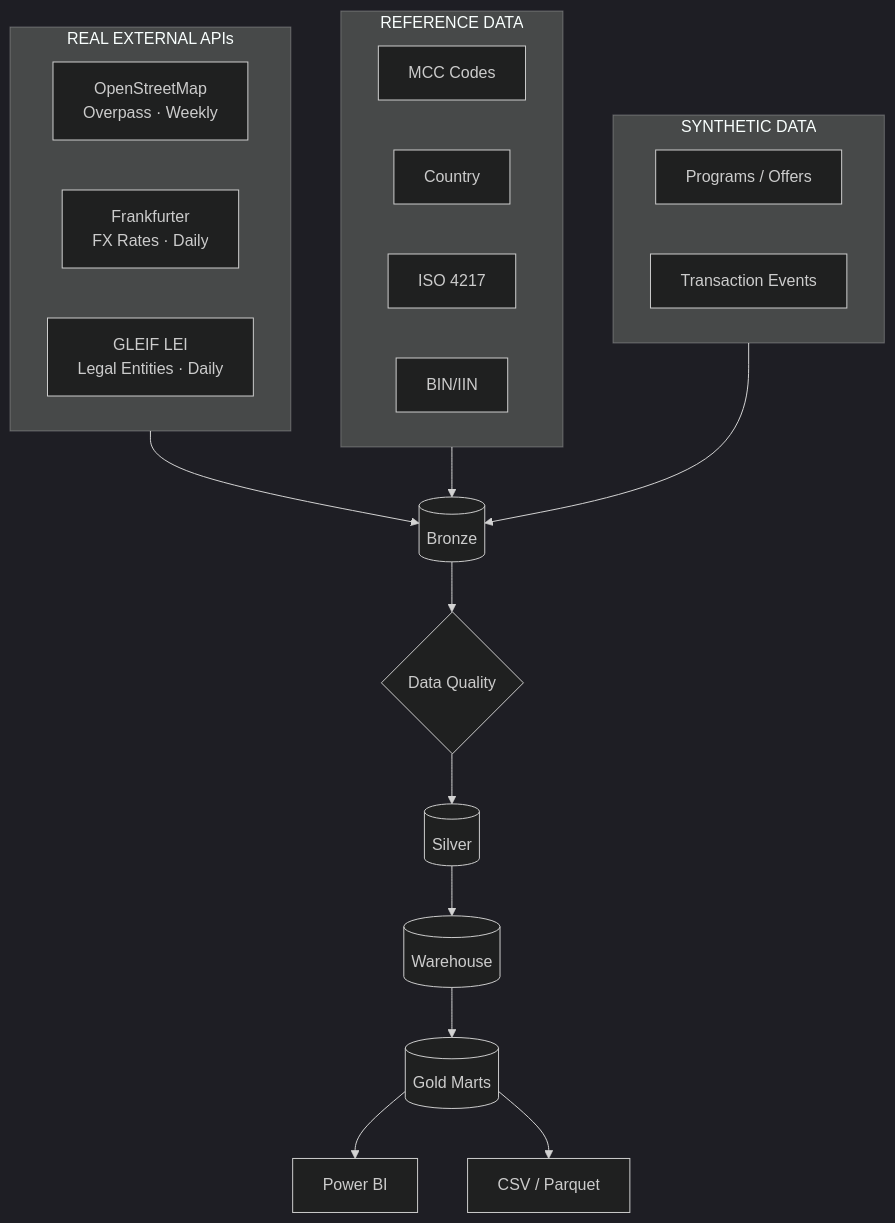
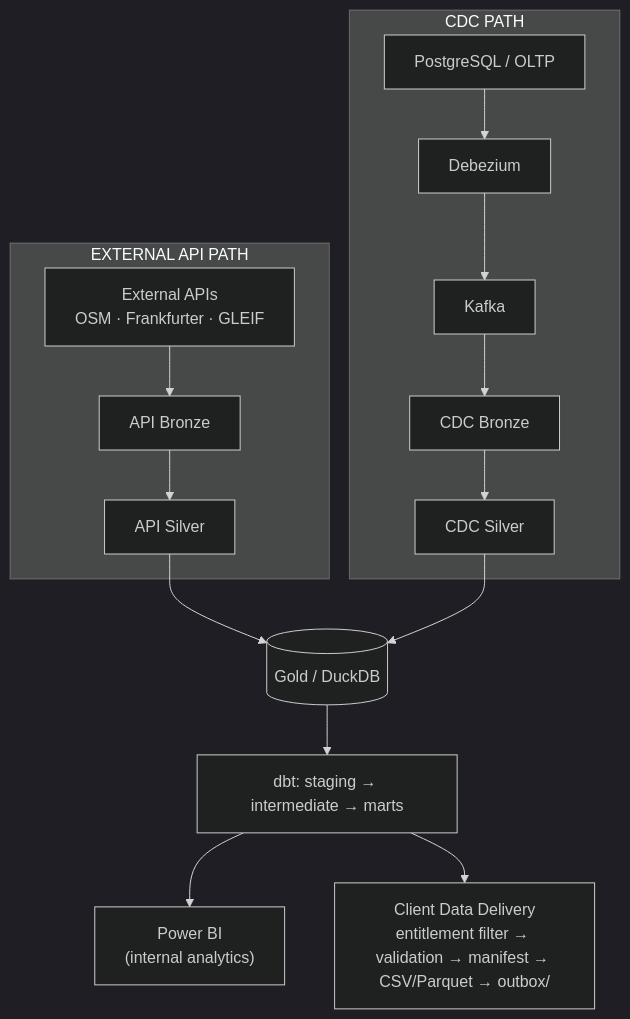
Before and after one commit to mumairnawaz/MerchantMCC-DE: the diagram in README.md, drawn with Mermaid (dark theme). The commit also changed other lines of this file and 234 other files, not shown here.

Commit message:
Build MerchantMCC data engineering platform

````diff
--- a/README.md
+++ b/README.md
@@ -16,24 +21,14 @@
 ```mermaid
 flowchart TB
-    subgraph REAL["REAL EXTERNAL APIs"]
-        OSM["OpenStreetMap<br/>Overpass · Weekly"]
-        FX["Frankfurter<br/>FX Rates · Daily"]
-        GLEIF["GLEIF LEI<br/>Legal Entities · Daily"]
+    subgraph API["EXTERNAL API PATH"]
+        EXT["External APIs<br/>OSM · Frankfurter · GLEIF"] --> ABronze["API Bronze"] --> ASilver["API Silver"]
     end
-    subgraph REF["REFERENCE DATA"]
-        MCC["MCC Codes"]
-        CTRY["Country"]
-        ISO["ISO 4217"]
-        BIN["BIN/IIN"]
+    subgraph CDC["CDC PATH"]
+        PG["PostgreSQL / OLTP"] --> DBZ["Debezium"] --> KAFKA["Kafka"] --> CBronze["CDC Bronze"] --> CSilver["CDC Silver"]
     end
-    subgraph SYN["SYNTHETIC DATA"]
-        OLTP["Programs / Offers"]
-        EVT["Transaction Events"]
-    end
-    REAL --> BRONZE[("Bronze")]
-    REF --> BRONZE
-    SYN --> BRONZE
-    BRONZE --> DQ{"Data Quality"} --> SILVER[("Silver")] --> WH[("Warehouse")] --> GOLD[("Gold Marts")]
-    GOLD --> BI["Power BI"]
-    GOLD --> FILES["CSV / Parquet"]
+    ASilver --> GOLD[("Gold / DuckDB")]
+    CSilver --> GOLD
+    GOLD --> DBT["dbt: staging → intermediate → marts"]
+    DBT --> BI["Power BI<br/>(internal analytics)"]
+    DBT --> DELIVERY["Client Data Delivery<br/>entitlement filter → validation → manifest → CSV/Parquet → outbox/"]
 ```
````
